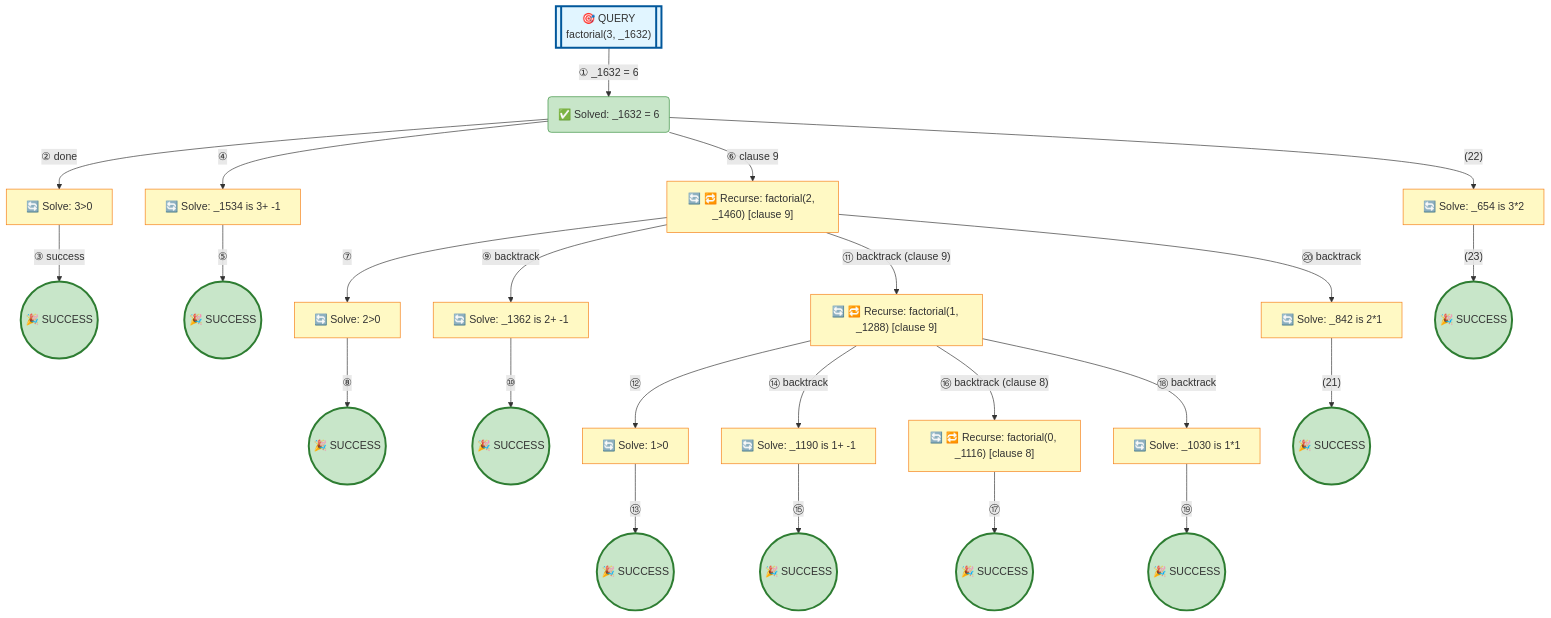
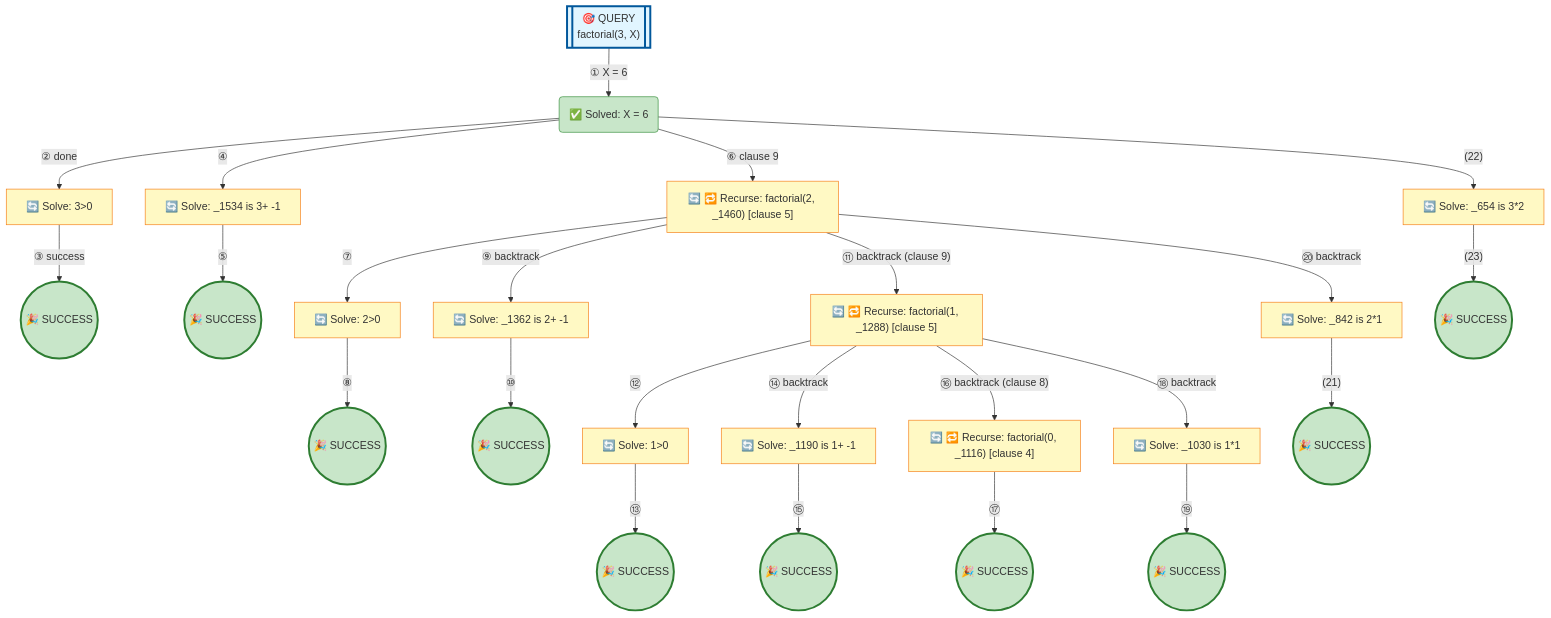
The diagram in examples/factorial-standard.md (jarecsni/prolog-trace-viz), drawn with Mermaid before and after one commit. The commit also changed other lines of this file and 26 other files, not shown here.

````diff
--- a/examples/factorial-standard.md
+++ b/examples/factorial-standard.md
@@ -16,80 +16,80 @@
 ```mermaid
 graph TD
 
 %% Nodes
-A[["🎯 QUERY<br/>factorial(3, _1632)"]]
-B("✅ Solved: _1632 = 6")
+A[["🎯 QUERY<br/>factorial(3, X)"]]
+B("✅ Solved: X = 6")
 C["🔄 Solve: 3>0"]
 D(("🎉 SUCCESS"))
 E["🔄 Solve: _1534 is 3+ -1"]
 F(("🎉 SUCCESS"))
-G["🔄 🔁 Recurse: factorial(2, _1460) [clause 9]"]
+G["🔄 🔁 Recurse: factorial(2, _1460) [clause 5]"]
 H["🔄 Solve: 2>0"]
 I(("🎉 SUCCESS"))
 J["🔄 Solve: _1362 is 2+ -1"]
 K(("🎉 SUCCESS"))
-L["🔄 🔁 Recurse: factorial(1, _1288) [clause 9]"]
+L["🔄 🔁 Recurse: factorial(1, _1288) [clause 5]"]
 M["🔄 Solve: 1>0"]
 N(("🎉 SUCCESS"))
 O["🔄 Solve: _1190 is 1+ -1"]
 P(("🎉 SUCCESS"))
-Q["🔄 🔁 Recurse: factorial(0, _1116) [clause 8]"]
+Q["🔄 🔁 Recurse: factorial(0, _1116) [clause 4]"]
 R(("🎉 SUCCESS"))
 S["🔄 Solve: _1030 is 1*1"]
 T(("🎉 SUCCESS"))
 U["🔄 Solve: _842 is 2*1"]
 V(("🎉 SUCCESS"))
 W["🔄 Solve: _654 is 3*2"]
 X(("🎉 SUCCESS"))
 
 %% Edges
-A -->|"① _1632 = 6"| B
+A -->|"① X = 6"| B
 B -->|"② done"| C
 C -->|"③ success"| D
 B -->|"④"| E
 E -->|"⑤"| F
 B -->|"⑥ clause 9"| G
 G -->|"⑦"| H
 H -->|"⑧"| I
 G -->|"⑨ backtrack"| J
 J -->|"⑩"| K
 G -->|"⑪ backtrack (clause 9)"| L
 L -->|"⑫"| M
 M -->|"⑬"| N
 L -->|"⑭ backtrack"| O
 O -->|"⑮"| P
 L -->|"⑯ backtrack (clause 8)"| Q
 Q -->|"⑰"| R
 L -->|"⑱ backtrack"| S
 S -->|"⑲"| T
 G -->|"⑳ backtrack"| U
 U -->|"(21)"| V
 B -->|"(22)"| W
 W -->|"(23)"| X
 
 %% Styles
 style A fill:#e1f5ff,stroke:#01579b,stroke-width:3px
 style B fill:#c8e6c9,stroke:#388e3c
 style C fill:#fff9c4,stroke:#f57f17
 style D fill:#c8e6c9,stroke:#2e7d32,stroke-width:3px
 style E fill:#fff9c4,stroke:#f57f17
 style F fill:#c8e6c9,stroke:#2e7d32,stroke-width:3px
 style G fill:#fff9c4,stroke:#f57f17
 style H fill:#fff9c4,stroke:#f57f17
 style I fill:#c8e6c9,stroke:#2e7d32,stroke-width:3px
 style J fill:#fff9c4,stroke:#f57f17
 style K fill:#c8e6c9,stroke:#2e7d32,stroke-width:3px
 style L fill:#fff9c4,stroke:#f57f17
 style M fill:#fff9c4,stroke:#f57f17
 style N fill:#c8e6c9,stroke:#2e7d32,stroke-width:3px
 style O fill:#fff9c4,stroke:#f57f17
 style P fill:#c8e6c9,stroke:#2e7d32,stroke-width:3px
 style Q fill:#fff9c4,stroke:#f57f17
 style R fill:#c8e6c9,stroke:#2e7d32,stroke-width:3px
 style S fill:#fff9c4,stroke:#f57f17
 style T fill:#c8e6c9,stroke:#2e7d32,stroke-width:3px
 style U fill:#fff9c4,stroke:#f57f17
 style V fill:#c8e6c9,stroke:#2e7d32,stroke-width:3px
 style W fill:#fff9c4,stroke:#f57f17
 style X fill:#c8e6c9,stroke:#2e7d32,stroke-width:3px
 ```
````
